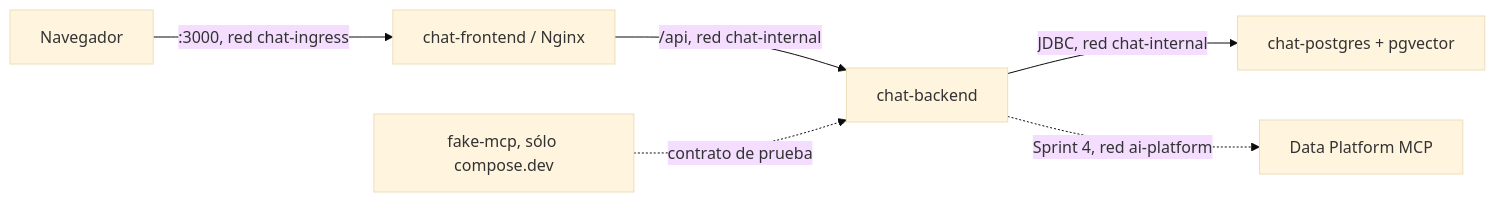
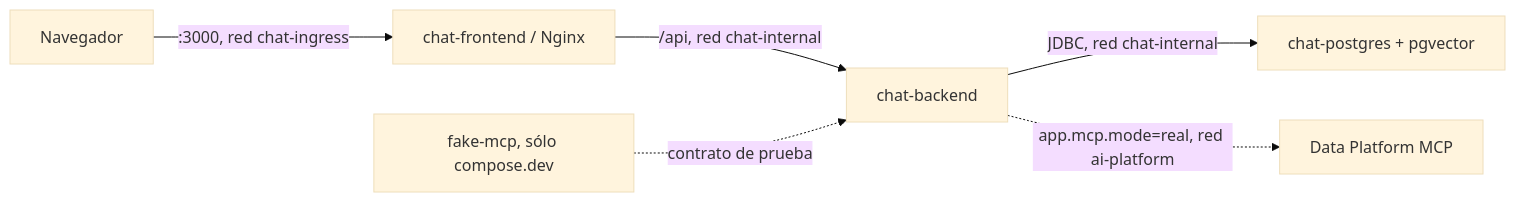
Before and after one commit to 1franky/chat-mcp: the diagram in README.md, drawn with Mermaid (base theme). The commit also changed other lines of this file and 67 other files, not shown here.

First line of the commit message:
feat: implement Sprint 4 MCP tool calling

````diff
--- a/README.md
+++ b/README.md
@@ -15,8 +15,8 @@
 ```mermaid
 flowchart LR
     U["Navegador"] -->|":3000, red chat-ingress"| F["chat-frontend / Nginx"]
     F -->|"/api, red chat-internal"| B["chat-backend"]
     B -->|"JDBC, red chat-internal"| P["chat-postgres + pgvector"]
-    B -.->|"Sprint 4, red ai-platform"| M["Data Platform MCP"]
+    B -.->|"app.mcp.mode=real, red ai-platform"| M["Data Platform MCP"]
     FM["fake-mcp, sólo compose.dev"] -.->|"contrato de prueba"| B
 ```
````
